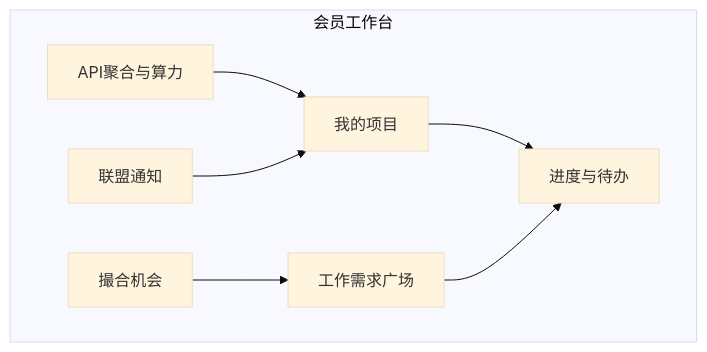
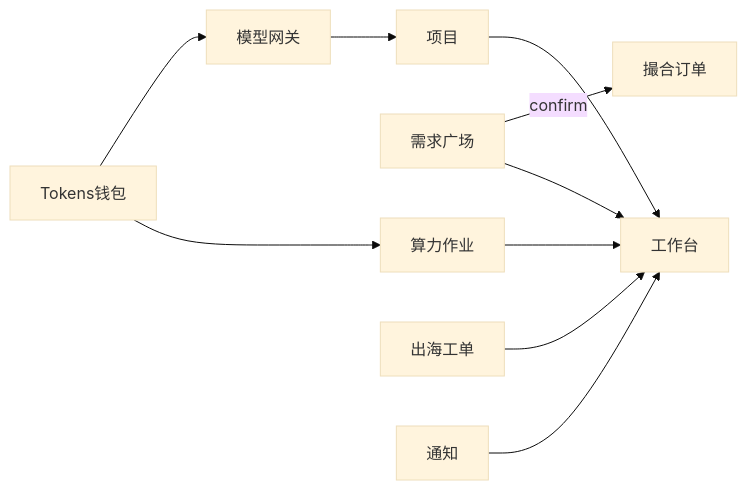
One commit to horizoncove/openclaw-lite changed the diagram in xian-drama-saas/docs/PRD.md. Above: the diagram before and after it, drawn with Mermaid (base theme). The commit also changed other lines of this file and 4 other files, not shown here.

````diff
--- a/xian-drama-saas/docs/PRD.md
+++ b/xian-drama-saas/docs/PRD.md
@@ -55,16 +74,12 @@
 ```mermaid
-flowchart TB
-  subgraph Member[会员工作台]
-    P[我的项目]
-    R[工作需求广场]
-    G[进度与待办]
-    A[API聚合与算力]
-    M[撮合机会]
-    N[联盟通知]
-  end
-  P --> G
+flowchart LR
+  P[项目] --> G[工作台]
+  R[需求广场] -->|confirm| O[撮合订单]
   R --> G
-  A --> P
-  M --> R
-  N --> P
+  W[Tokens钱包] --> API[模型网关]
+  W --> J[算力作业]
+  API --> P
+  J --> G
+  S[出海工单] --> G
+  N[通知] --> G
 ```
````
